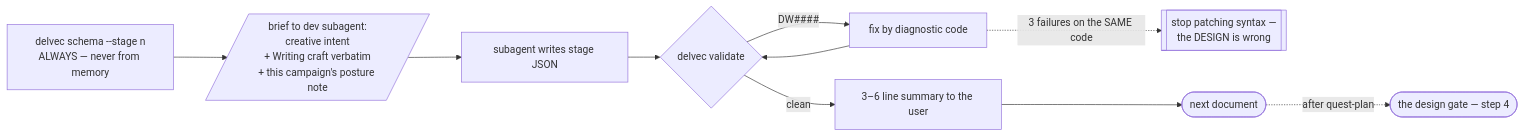
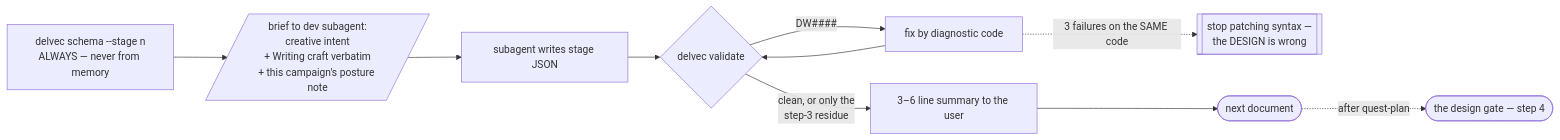
Before and after one commit to stellarfeline/delvewright: the second of 3 diagrams in docs/reference/skill-workflow.md, drawn with Mermaid. The commit also changed other lines of this file, not shown here.

First line of the commit message:
docs(reference): the stage loop's exit condition is not "clean" from quest-plan onward

````diff
--- a/docs/reference/skill-workflow.md
+++ b/docs/reference/skill-workflow.md
@@ -118,12 +118,12 @@
 ```mermaid
 flowchart LR
     SC["delvec schema --stage n<br/>ALWAYS — never from memory"] --> D[/"brief to dev subagent:<br/>creative intent<br/>+ Writing craft verbatim<br/>+ this campaign's posture note"/]
     D --> W[subagent writes stage JSON]
     W --> V{"delvec validate"}
     V -->|"DW####"| F[fix by diagnostic code]
     F --> V
-    V -->|clean| SUM[3–6 line summary to the user]
+    V -->|"clean, or only the<br/>step-3 residue"| SUM[3–6 line summary to the user]
     F -.->|3 failures on the SAME code| TH[[stop patching syntax —<br/>the DESIGN is wrong]]
     SUM --> NEXT([next document])
     NEXT -.after quest-plan.-> GATE([the design gate — step 4])
 ```
````
